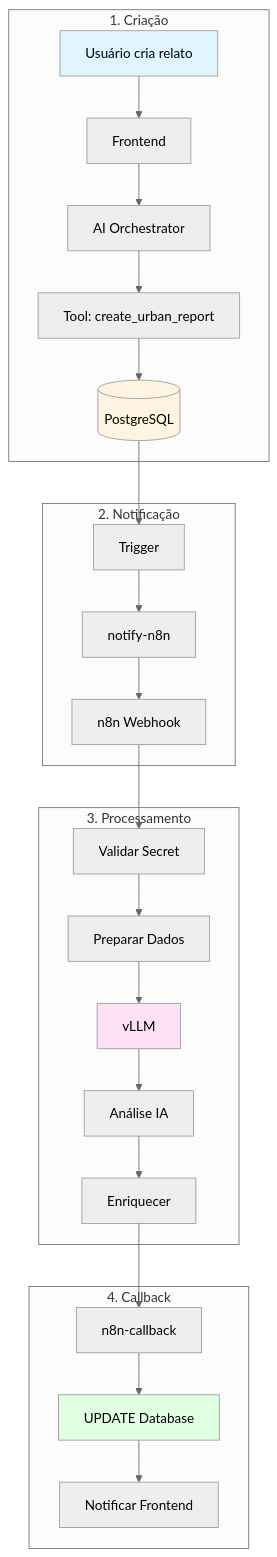
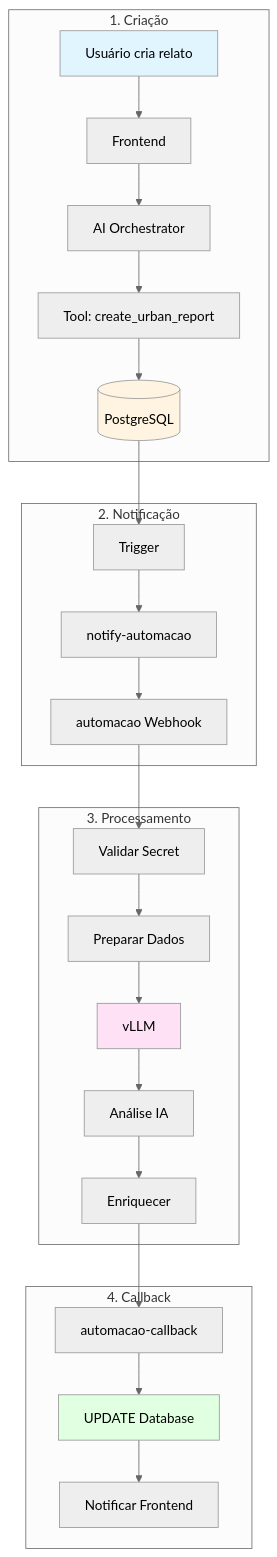
One commit to MTechnologia/camana-na-mao changed diagram 11 of 17 in docs/DIAGRAMA_INTEGRACOES.md. Above: the diagram before and after it, drawn with Mermaid (neutral theme). The commit also changed other lines of this file and 77 other files, not shown here.

````diff
--- a/docs/DIAGRAMA_INTEGRACOES.md
+++ b/docs/DIAGRAMA_INTEGRACOES.md
@@ -417,34 +417,34 @@
 ```mermaid
 flowchart TB
     subgraph "1. Criação"
         A[Usuário cria relato] --> B[Frontend]
         B --> C[AI Orchestrator]
         C --> D[Tool: create_urban_report]
         D --> E[(PostgreSQL)]
     end
     
     subgraph "2. Notificação"
         E --> F[Trigger]
-        F --> G[notify-n8n]
-        G --> H[n8n Webhook]
+        F --> G[notify-automacao]
+        G --> H[automacao Webhook]
     end
     
     subgraph "3. Processamento"
         H --> I[Validar Secret]
         I --> J[Preparar Dados]
         J --> K[vLLM]
         K --> L[Análise IA]
         L --> M[Enriquecer]
     end
     
     subgraph "4. Callback"
-        M --> N[n8n-callback]
+        M --> N[automacao-callback]
         N --> O[UPDATE Database]
         O --> P[Notificar Frontend]
     end
     
     style A fill:#e1f5ff
     style E fill:#fff4e1
     style K fill:#ffe1f5
     style O fill:#e1ffe1
 ```
````
